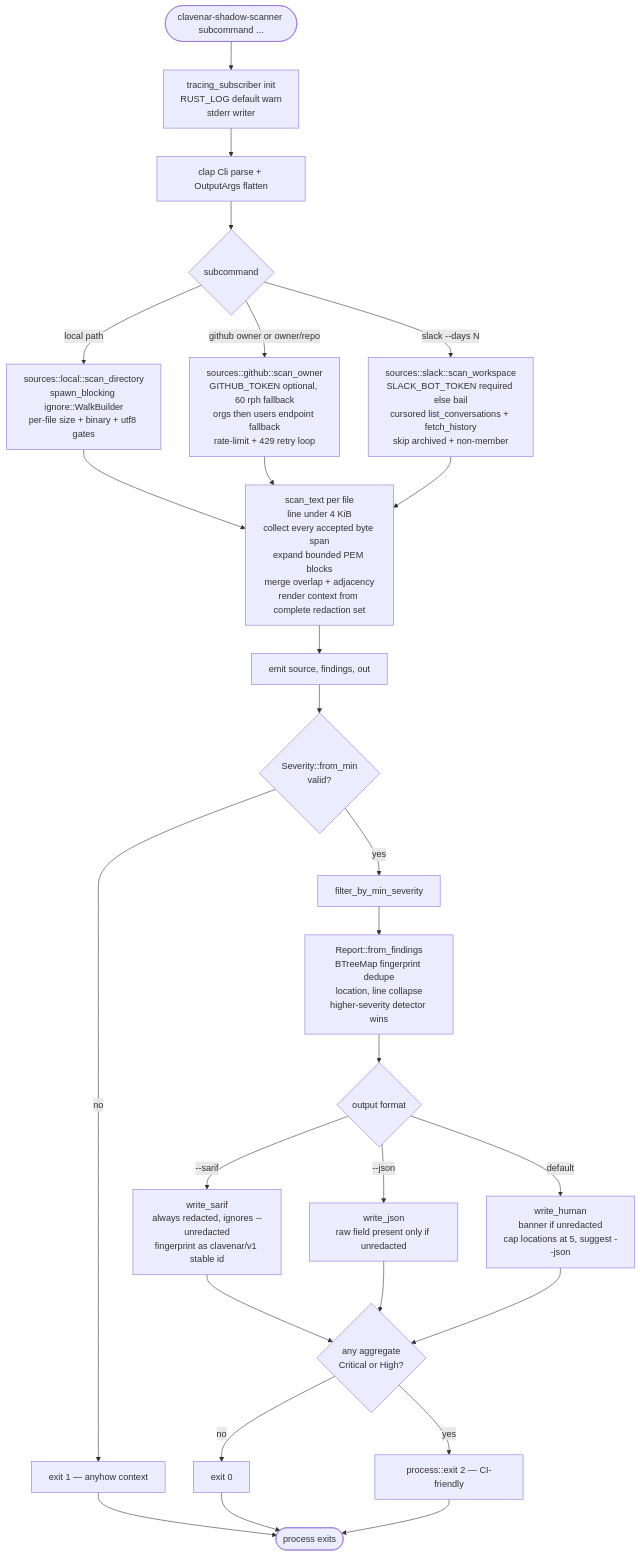
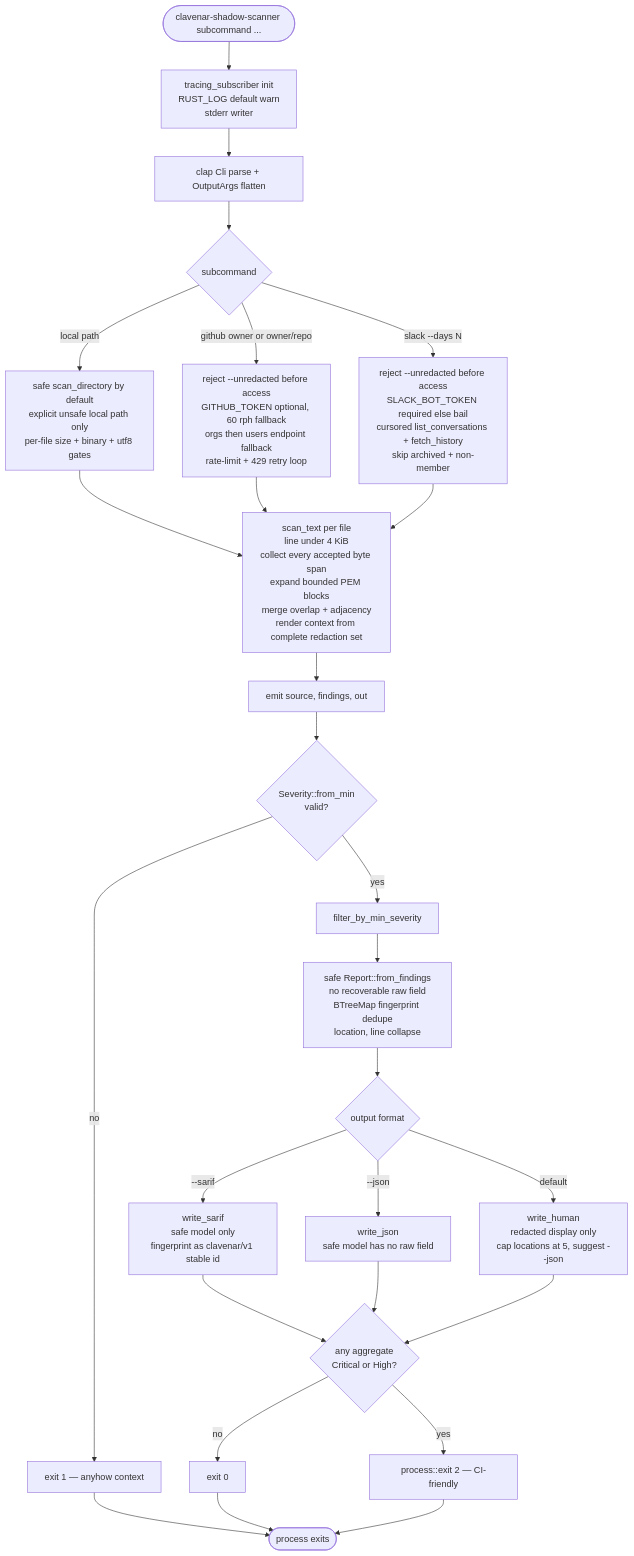
The sixth of 6 diagrams in docs/SEQUENCES.md (clavenar/clavenar-shadow-scanner), drawn with Mermaid before and after one commit. The commit also changed other lines of this file and 13 other files, not shown here.

Commit message:
remove raw secrets from default finding model

````diff
--- a/docs/SEQUENCES.md
+++ b/docs/SEQUENCES.md
@@ -383,35 +397,35 @@
 ```mermaid
 flowchart TD
     Start([clavenar-shadow-scanner subcommand ...]) --> Tracing[tracing_subscriber init<br/>RUST_LOG default warn<br/>stderr writer]
     Tracing --> Parse[clap Cli parse + OutputArgs flatten]
     Parse --> Sub{subcommand}
 
-    Sub -->|local path| L[sources::local::scan_directory<br/>spawn_blocking ignore::WalkBuilder<br/>per-file size + binary + utf8 gates]
-    Sub -->|github owner or owner/repo| G[sources::github::scan_owner<br/>GITHUB_TOKEN optional, 60 rph fallback<br/>orgs then users endpoint fallback<br/>rate-limit + 429 retry loop]
-    Sub -->|slack --days N| S[sources::slack::scan_workspace<br/>SLACK_BOT_TOKEN required else bail<br/>cursored list_conversations + fetch_history<br/>skip archived + non-member]
+    Sub -->|local path| L[safe scan_directory by default<br/>explicit unsafe local path only<br/>per-file size + binary + utf8 gates]
+    Sub -->|github owner or owner/repo| G[reject --unredacted before access<br/>GITHUB_TOKEN optional, 60 rph fallback<br/>orgs then users endpoint fallback<br/>rate-limit + 429 retry loop]
+    Sub -->|slack --days N| S[reject --unredacted before access<br/>SLACK_BOT_TOKEN required else bail<br/>cursored list_conversations + fetch_history<br/>skip archived + non-member]
 
     L --> Det[scan_text per file<br/>line under 4 KiB<br/>collect every accepted byte span<br/>expand bounded PEM blocks<br/>merge overlap + adjacency<br/>render context from complete redaction set]
     G --> Det
     S --> Det
 
     Det --> Emit[emit source, findings, out]
     Emit --> SevMin{Severity::from_min<br/>valid?}
     SevMin -->|no| Err1[exit 1 — anyhow context]
     SevMin -->|yes| Filter[filter_by_min_severity]
-    Filter --> Build[Report::from_findings<br/>BTreeMap fingerprint dedupe<br/>location, line collapse<br/>higher-severity detector wins]
+    Filter --> Build[safe Report::from_findings<br/>no recoverable raw field<br/>BTreeMap fingerprint dedupe<br/>location, line collapse]
 
     Build --> Fmt{output format}
-    Fmt -->|--sarif| Sarif[write_sarif<br/>always redacted, ignores --unredacted<br/>fingerprint as clavenar/v1 stable id]
-    Fmt -->|--json| Json[write_json<br/>raw field present only if unredacted]
-    Fmt -->|default| Human[write_human<br/>banner if unredacted<br/>cap locations at 5, suggest --json]
+    Fmt -->|--sarif| Sarif[write_sarif<br/>safe model only<br/>fingerprint as clavenar/v1 stable id]
+    Fmt -->|--json| Json[write_json<br/>safe model has no raw field]
+    Fmt -->|default| Human[write_human<br/>redacted display only<br/>cap locations at 5, suggest --json]
 
     Sarif --> AnyHigh{any aggregate<br/>Critical or High?}
     Json --> AnyHigh
     Human --> AnyHigh
     AnyHigh -->|yes| E2[process::exit 2 — CI-friendly]
     AnyHigh -->|no| E0[exit 0]
 
     Err1 --> End([process exits])
     E0 --> End
     E2 --> End
 ```
````
